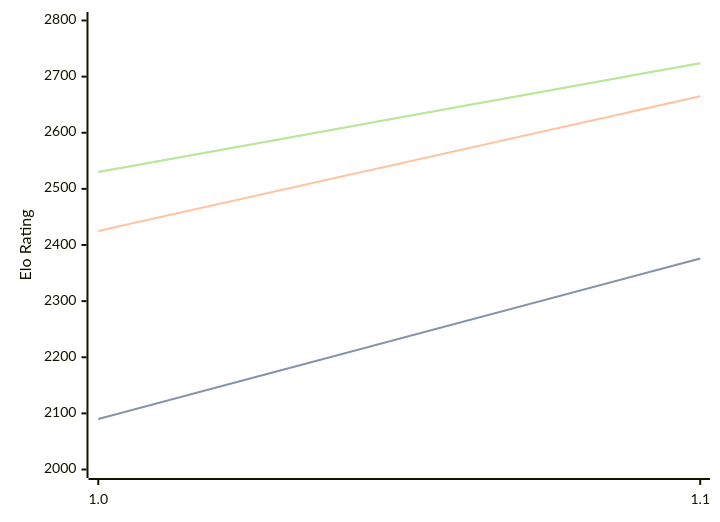
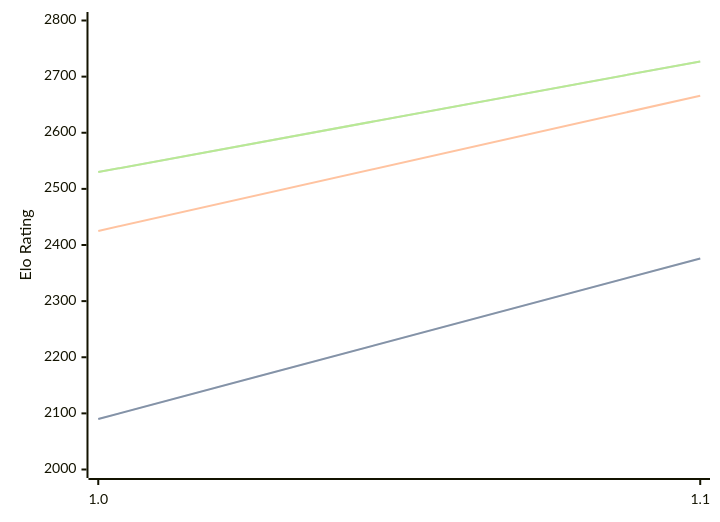
One commit to computer-chess-index/cci changed the diagram in engines/Erinn.md. Above: the diagram before and after it, drawn with Mermaid. The commit also changed other lines of this file, not shown here.

Commit message:
Update CCI Ratings (ELO VLTC) - 2026-08-28

````diff
--- a/engines/Erinn.md
+++ b/engines/Erinn.md
@@ -32,11 +32,11 @@
 ```mermaid
 %%{init: {"theme":"base","themeVariables":{"seriesColors:['#a3a3a3','#222221','#faa371']}}}%%
 xychart-beta
   x-axis ["1.0", "1.1"]
   y-axis "Elo Rating" 2000 --> 2800
   line "" [2090, 2376]
   line "STC (8.0+0.08s)" [2090, 2376]
-  line "LTC (60.0+0.60s)" [2425, 2665]
-  line "" [2530, 2724]
-  line "VLTC (2m24s+1.12s)" [2530, 2724]
+  line "LTC (60.0+0.60s)" [2425, 2666]
+  line "" [2530, 2727]
+  line "VLTC (2m24s+1.12s)" [2530, 2727]
 ```
````
